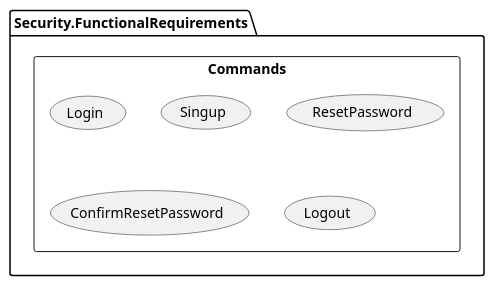
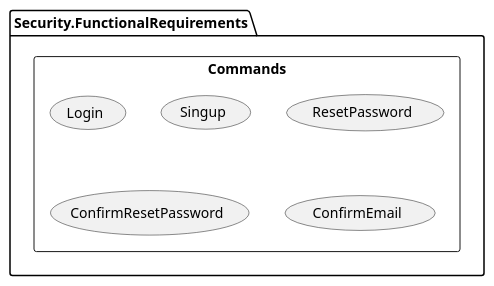
Before and after one commit to jmanuelsoberano/CleanArchitectureNetCoreTemplate: the diagram in 4+1View/Scenarios/Use Cases by Requirements/use_cases_security.puml, drawn with PlantUML. The commit also changed 7 other files, not shown here.

Commit message:
Update Diagrams PlanUML & README

```diff
--- a/4+1View/Scenarios/Use Cases by Requirements/use_cases_security.puml
+++ b/4+1View/Scenarios/Use Cases by Requirements/use_cases_security.puml
@@ -1,14 +1,14 @@
 @startuml
 'https://plantuml.com/use-case-diagram
 
 package [Security.FunctionalRequirements] {
     rectangle Commands {
         usecase Login
         usecase Singup
         usecase ResetPassword
         usecase ConfirmResetPassword
-        usecase Logout
+        usecase ConfirmEmail
     }
 }
 
 @enduml
```
